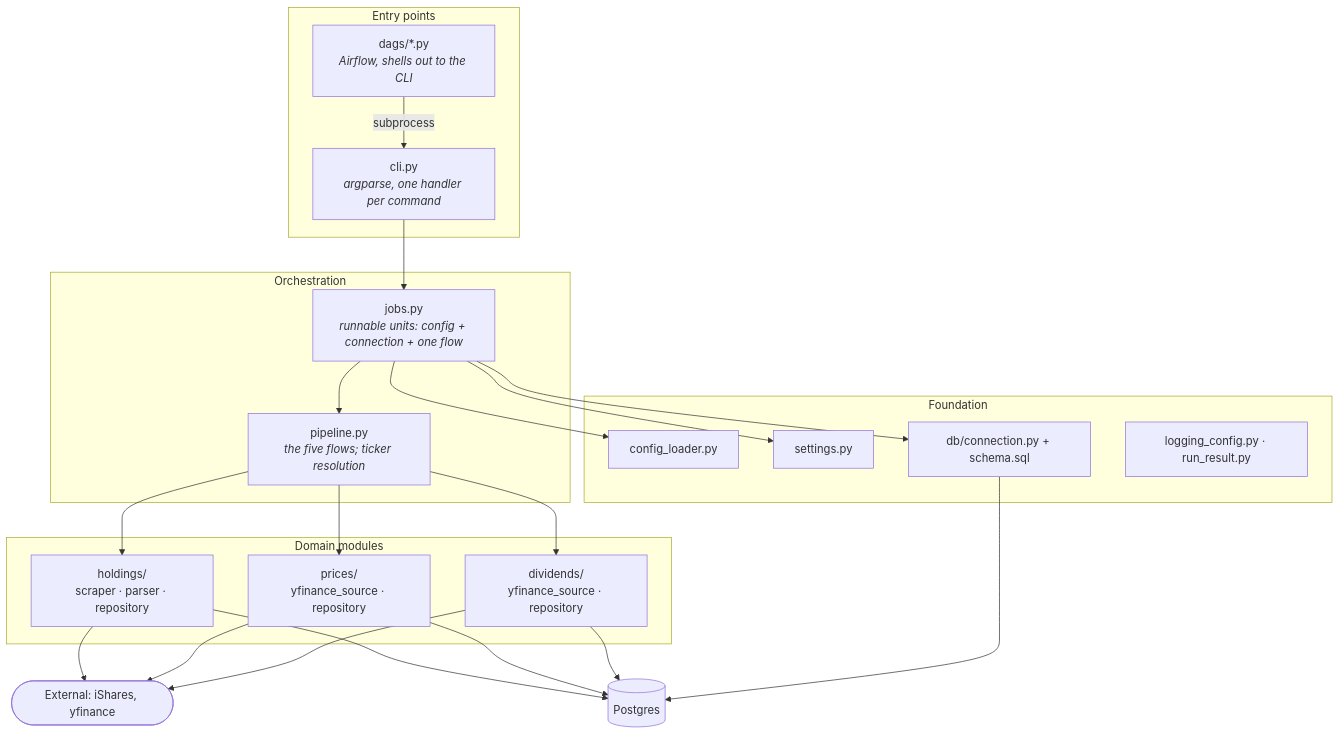
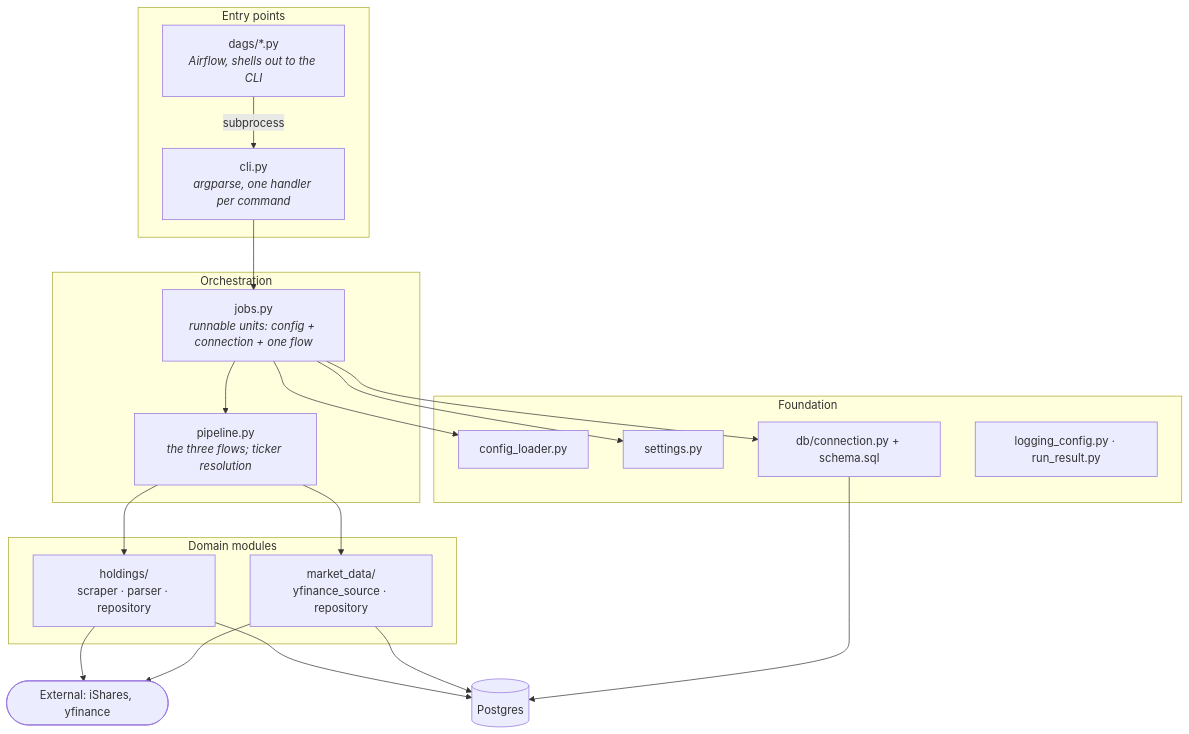
The first of 3 diagrams in services/data-store/docs/architecture.md (jpedropereira/Stakehold), drawn with Mermaid before and after one commit. The commit also changed other lines of this file and 41 other files, not shown here.

First line of the commit message:
Merge OHLCV/dividend/split ingestion into one raw_market_data flow

````diff
--- a/services/data-store/docs/architecture.md
+++ b/services/data-store/docs/architecture.md
@@ -24,45 +25,41 @@
 ```mermaid
 flowchart TD
     subgraph entry["Entry points"]
         CLI["cli.py<br/><i>argparse, one handler per command</i>"]
         DAGS["dags/*.py<br/><i>Airflow, shells out to the CLI</i>"]
     end
 
     subgraph orch["Orchestration"]
         JOBS["jobs.py<br/><i>runnable units: config + connection + one flow</i>"]
-        PIPE["pipeline.py<br/><i>the five flows; ticker resolution</i>"]
+        PIPE["pipeline.py<br/><i>the three flows; ticker resolution</i>"]
     end
 
     subgraph domain["Domain modules"]
         HOLD["holdings/<br/>scraper · parser · repository"]
-        PRICE["prices/<br/>yfinance_source · repository"]
-        DIV["dividends/<br/>yfinance_source · repository"]
+        MKT["market_data/<br/>yfinance_source · repository"]
     end
 
     subgraph found["Foundation"]
         CONF["config_loader.py"]
         SET["settings.py"]
         DB["db/connection.py + schema.sql"]
         LOG["logging_config.py · run_result.py"]
     end
 
     PG[("Postgres")]
     EXT(["External: iShares, yfinance"])
 
     DAGS -->|subprocess| CLI
     CLI --> JOBS
     JOBS --> PIPE
     JOBS --> CONF
     JOBS --> SET
     JOBS --> DB
     PIPE --> HOLD
-    PIPE --> PRICE
-    PIPE --> DIV
+    PIPE --> MKT
     HOLD --> EXT
-    PRICE --> EXT
-    DIV --> EXT
+    MKT --> EXT
     HOLD --> PG
-    PRICE --> PG
-    DIV --> PG
+    MKT --> PG
     DB --> PG
 ```
````
